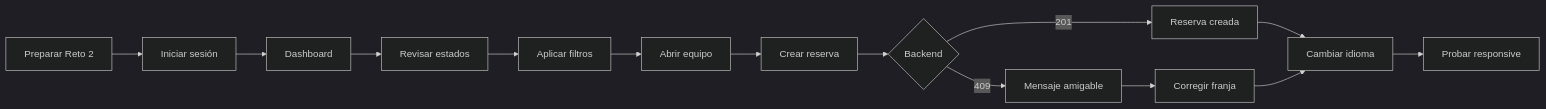
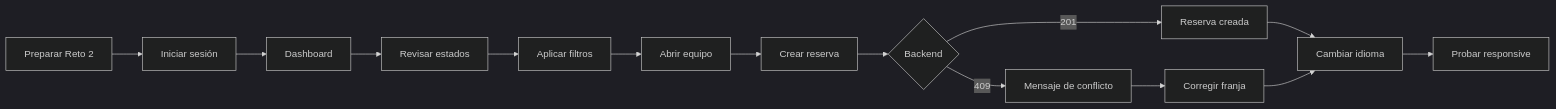
The fifth of 19 diagrams in README.md (lisudea/technical-test-2026-2), drawn with Mermaid (dark theme) before and after one commit. The commit also changed other lines of this file and 1 other file, not shown here.

````diff
--- a/README.md
+++ b/README.md
@@ -303,16 +303,16 @@
 ```mermaid
 flowchart LR
   A[Preparar Reto 2] --> B[Iniciar sesión]
   B --> C[Dashboard]
   C --> D[Revisar estados]
   D --> E[Aplicar filtros]
   E --> F[Abrir equipo]
   F --> G[Crear reserva]
   G --> H{Backend}
   H -->|201| I[Reserva creada]
-  H -->|409| J[Mensaje amigable]
+  H -->|409| J[Mensaje de conflicto]
   J --> K[Corregir franja]
   I --> L[Cambiar idioma]
   K --> L
   L --> M[Probar responsive]
 ```
````
